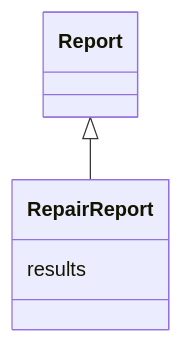
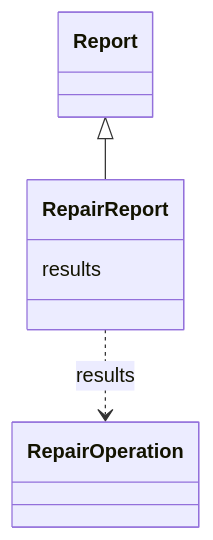
The diagram in validation/RepairReport.md (INCATools/ontology-access-kit), drawn with Mermaid before and after one commit. The commit also changed other lines of this file and 1783 other files, not shown here.

````diff
--- a/validation/RepairReport.md
+++ b/validation/RepairReport.md
@@ -11,8 +11,11 @@
 ```{mermaid}
  classDiagram
     class RepairReport
       Report <|-- RepairReport
       
       RepairReport : results
+        
+          RepairReport ..> RepairOperation : results
+        
       
 ```
````
